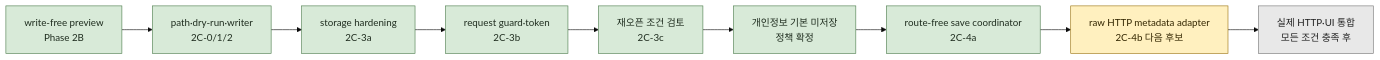
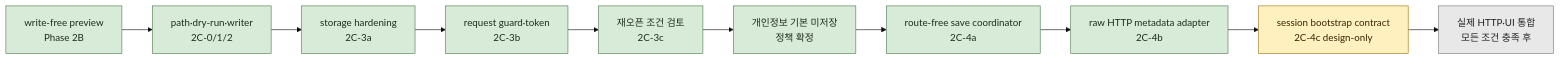
The second of 2 diagrams in docs/master-plan.md (1412moo/jarvis-core), drawn with Mermaid (base theme) before and after one commit. The commit also changed other lines of this file and 3 other files, not shown here.

````diff
--- a/docs/master-plan.md
+++ b/docs/master-plan.md
@@ -136,18 +138,19 @@
 ```mermaid
 flowchart LR
     A["write-free preview<br/>Phase 2B"] --> B["path·dry-run·writer<br/>2C-0/1/2"]
     B --> C["storage hardening<br/>2C-3a"]
     C --> D["request guard·token<br/>2C-3b"]
     D --> E["재오픈 조건 검토<br/>2C-3c"]
     E --> F["개인정보 기본 미저장<br/>정책 확정"]
     F --> G["route-free save coordinator<br/>2C-4a"]
-    G --> H["raw HTTP metadata adapter<br/>2C-4b 다음 후보"]
-    H --> I["실제 HTTP·UI 통합<br/>모든 조건 충족 후"]
+    G --> H["raw HTTP metadata adapter<br/>2C-4b"]
+    H --> I["session bootstrap contract<br/>2C-4c design-only"]
+    I --> J["실제 HTTP·UI 통합<br/>모든 조건 충족 후"]
 
     classDef done fill:#d8ead8,stroke:#4d7d4d,color:#1f2d1f;
     classDef current fill:#fff0bf,stroke:#9b7412,color:#332600;
     classDef future fill:#e8e8e8,stroke:#777,color:#222;
-    class A,B,C,D,E,F,G done;
-    class H current;
-    class I future;
+    class A,B,C,D,E,F,G,H done;
+    class I current;
+    class J future;
 ```
````
